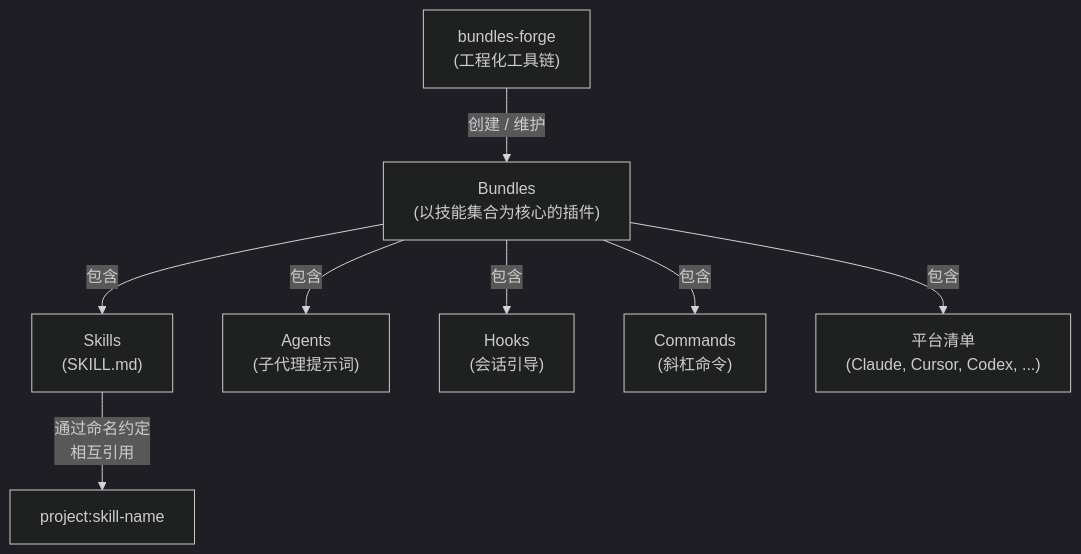
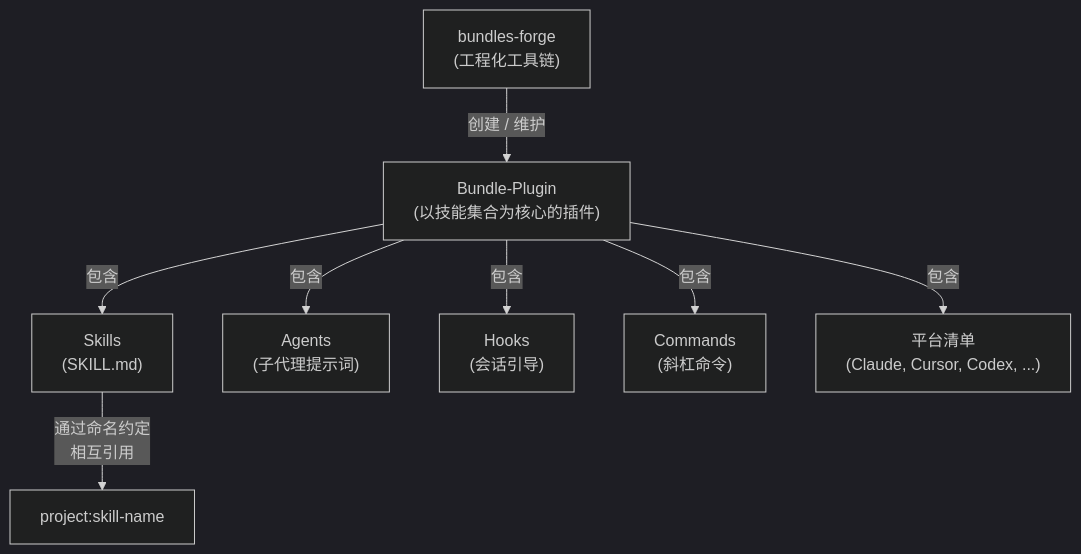
The first of 4 diagrams in README.zh.md (OdradekAI/skill-engineering-guide), drawn with Mermaid (dark theme) before and after one commit. The commit also changed other lines of this file and 36 other files, not shown here.

````diff
--- a/README.zh.md
+++ b/README.zh.md
@@ -43,10 +43,10 @@
 ```mermaid
 graph TB
     BundlesForge["bundles-forge\n(工程化工具链)"] -->|"创建 / 维护"| Bundles
-    Bundles["Bundles\n(以技能集合为核心的插件)"] -->|包含| Skills["Skills\n(SKILL.md)"]
+    Bundles["Bundle-Plugin\n(以技能集合为核心的插件)"] -->|包含| Skills["Skills\n(SKILL.md)"]
     Bundles -->|包含| Agents["Agents\n(子代理提示词)"]
     Bundles -->|包含| Hooks["Hooks\n(会话引导)"]
     Bundles -->|包含| Commands["Commands\n(斜杠命令)"]
     Bundles -->|包含| Manifests["平台清单\n(Claude, Cursor, Codex, ...)"]
     Skills -->|"通过命名约定\n相互引用"| Convention["project:skill-name"]
 ```
````
